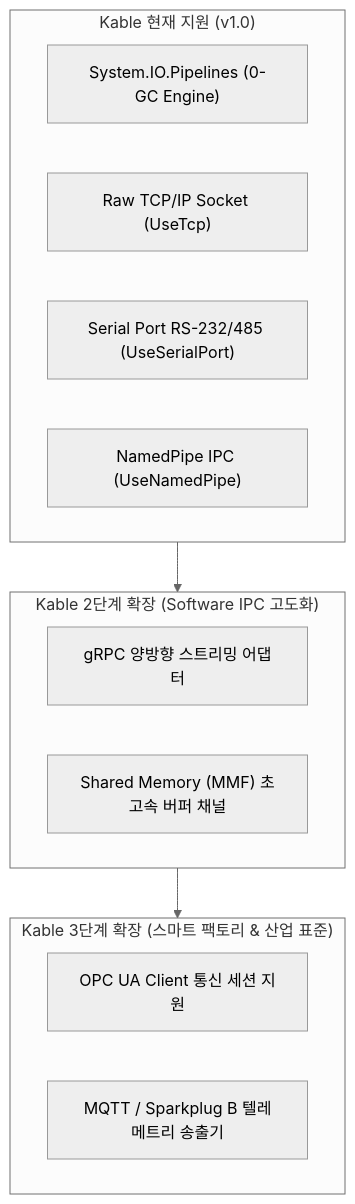
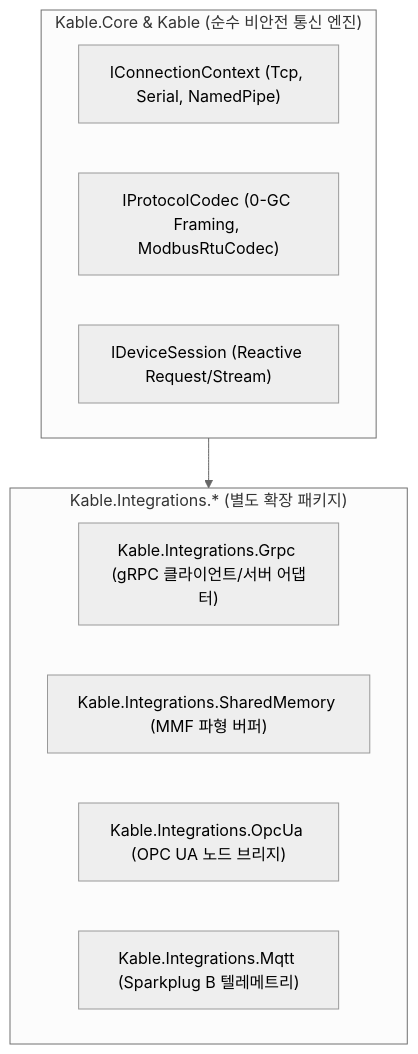
Before and after one commit to Johnny-HW/Kable: the second of 2 diagrams in docs/06_INDUSTRIAL_HIGH_RELIABILITY_COMM_ROADMAP.md, drawn with Mermaid (neutral theme). The commit also changed other lines of this file, not shown here.

Commit message:
docs(kable): complete rigorous technical refinement of 06 roadmap addressing safety boundaries and determinism prerequisites

````diff
--- a/docs/06_INDUSTRIAL_HIGH_RELIABILITY_COMM_ROADMAP.md
+++ b/docs/06_INDUSTRIAL_HIGH_RELIABILITY_COMM_ROADMAP.md
@@ -130,22 +119,17 @@
 ```mermaid
 graph TD
-    subgraph Current ["Kable 현재 지원 (v1.0)"]
-        K1["System.IO.Pipelines (0-GC Engine)"]
-        K2["Raw TCP/IP Socket (UseTcp)"]
-        K3["Serial Port RS-232/485 (UseSerialPort)"]
-        K4["NamedPipe IPC (UseNamedPipe)"]
+    subgraph CoreEngine ["Kable.Core & Kable (순수 비안전 통신 엔진)"]
+        Transport["IConnectionContext (Tcp, Serial, NamedPipe)"]
+        Codec["IProtocolCodec (0-GC Framing, ModbusRtuCodec)"]
+        Session["IDeviceSession (Reactive Request/Stream)"]
     end
 
-    subgraph Phase2 ["Kable 2단계 확장 (Software IPC 고도화)"]
-        P2_1["gRPC 양방향 스트리밍 어댑터"]
-        P2_2["Shared Memory (MMF) 초고속 버퍼 채널"]
+    subgraph Integrations ["Kable.Integrations.* (별도 확장 패키지)"]
+        P2_Grpc["Kable.Integrations.Grpc (gRPC 클라이언트/서버 어댑터)"]
+        P2_Mmf["Kable.Integrations.SharedMemory (MMF 파형 버퍼)"]
+        P3_Opc["Kable.Integrations.OpcUa (OPC UA 노드 브리지)"]
+        P3_Mqtt["Kable.Integrations.Mqtt (Sparkplug B 텔레메트리)"]
     end
 
-    subgraph Phase3 ["Kable 3단계 확장 (스마트 팩토리 & 산업 표준)"]
-        P3_1["OPC UA Client 통신 세션 지원"]
-        P3_2["MQTT / Sparkplug B 텔레메트리 송출기"]
-    end
-
-    Current --> Phase2
-    Phase2 --> Phase3
+    CoreEngine --> Integrations
 ```
````
